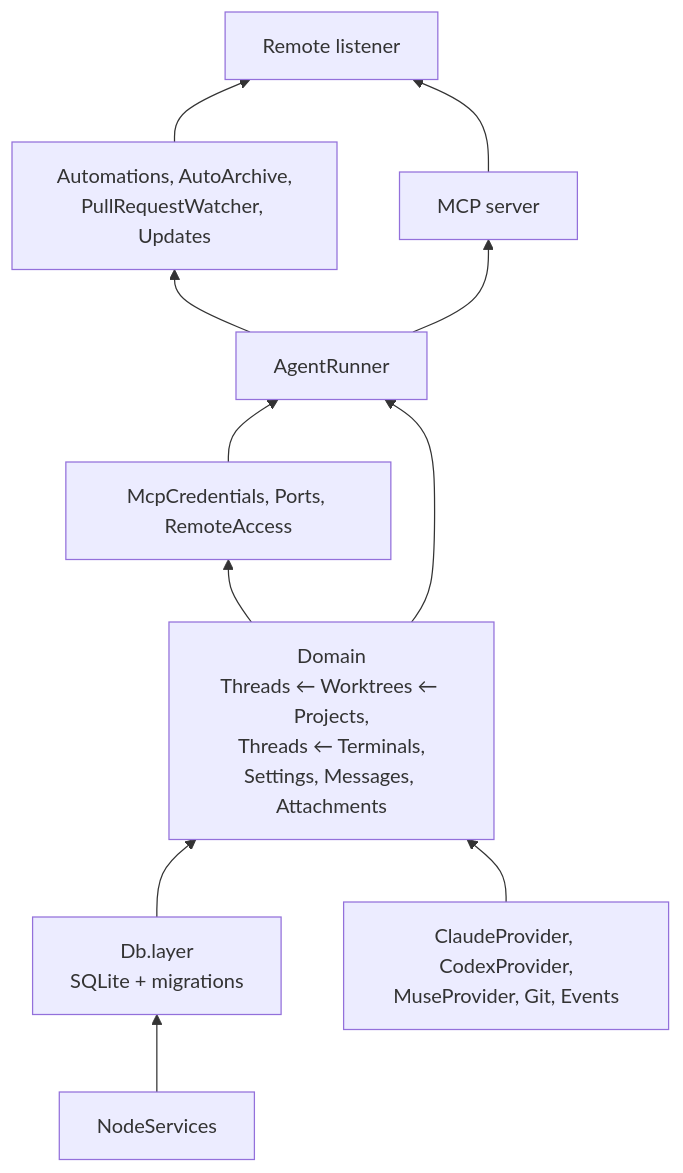
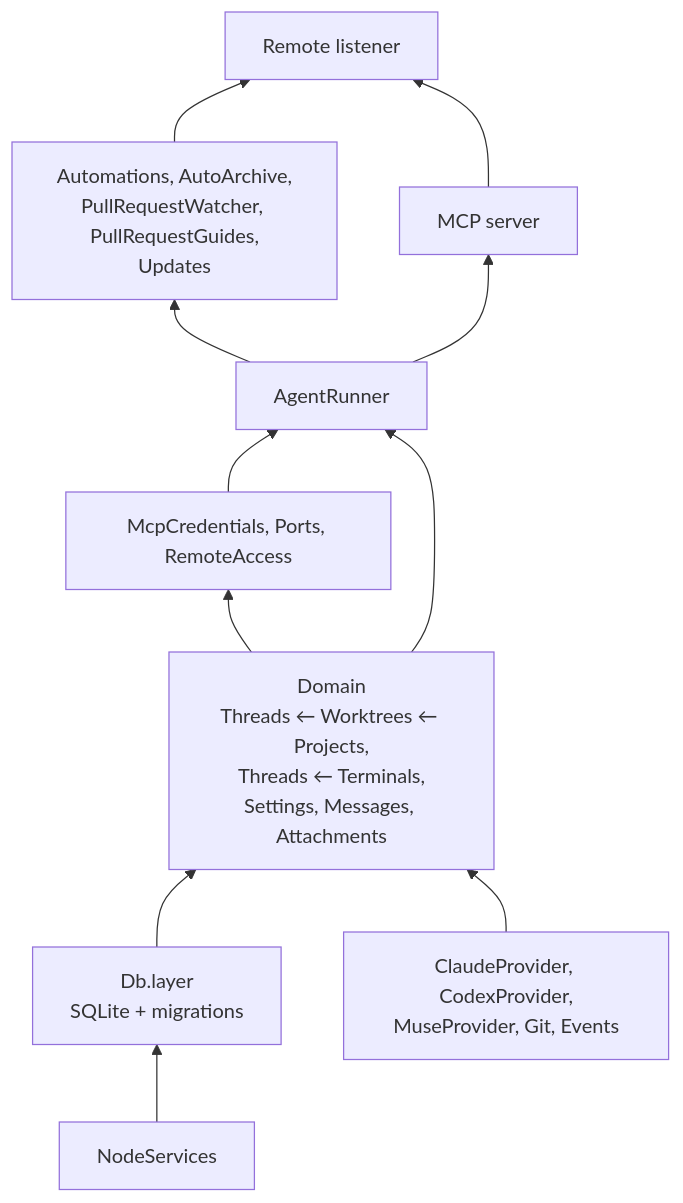
Before and after one commit to hinadev-ai/hinacode: the fourth of 17 diagrams in docs/arch.md, drawn with Mermaid. The commit also changed other lines of this file and 18 other files, not shown here.

First line of the commit message:
feat(pull-requests): write a guide for each linked pull request

````diff
--- a/docs/arch.md
+++ b/docs/arch.md
@@ -101,20 +101,20 @@
 ```mermaid
 flowchart BT
   node["NodeServices"]
   db["Db.layer<br/>SQLite + migrations"]
   infra["ClaudeProvider, CodexProvider,<br/>MuseProvider, Git, Events"]
   domain["Domain<br/>Threads ← Worktrees ← Projects,<br/>Threads ← Terminals,<br/>Settings, Messages, Attachments"]
   features["McpCredentials, Ports, RemoteAccess"]
   runner["AgentRunner"]
-  autos["Automations, AutoArchive,<br/>PullRequestWatcher, Updates"]
+  autos["Automations, AutoArchive,<br/>PullRequestWatcher, PullRequestGuides,<br/>Updates"]
   mcp["MCP server"]
   remote["Remote listener"]
 
   node --> db --> domain
   infra --> domain
   domain --> features --> runner
   domain --> runner
   runner --> autos
   runner --> mcp
   autos & mcp --> remote
 ```
````
